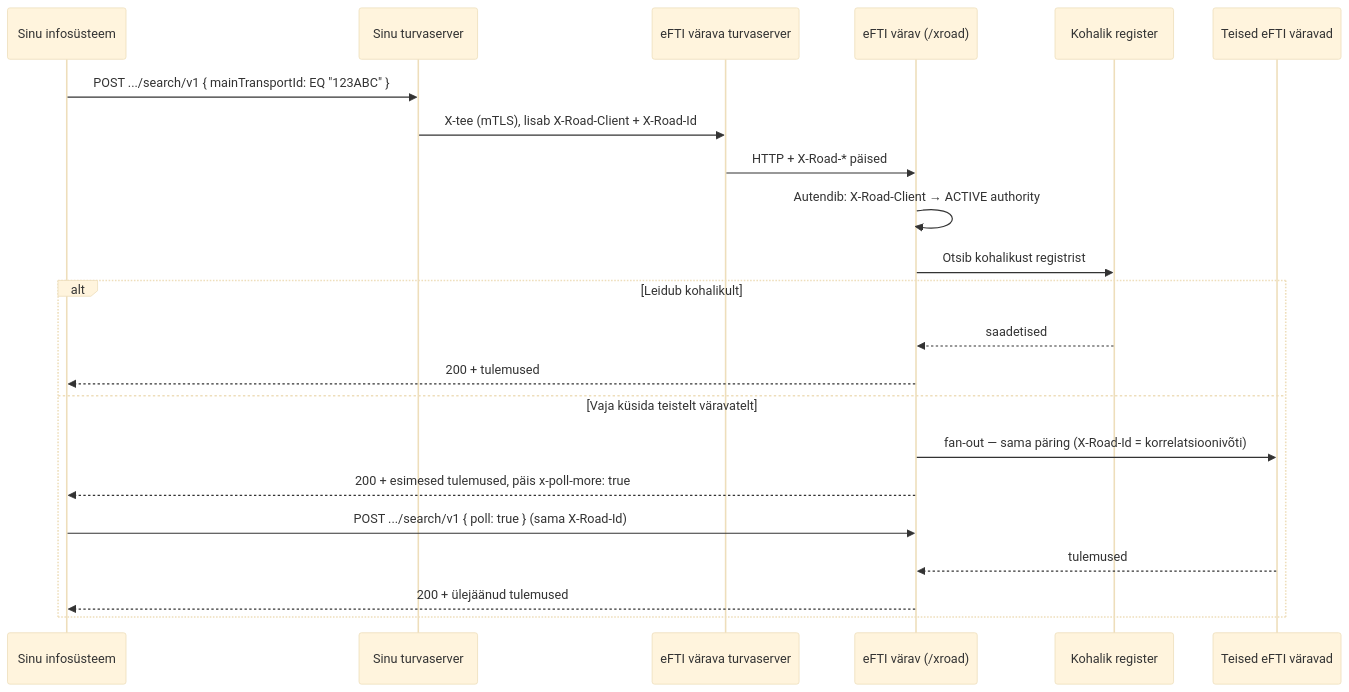
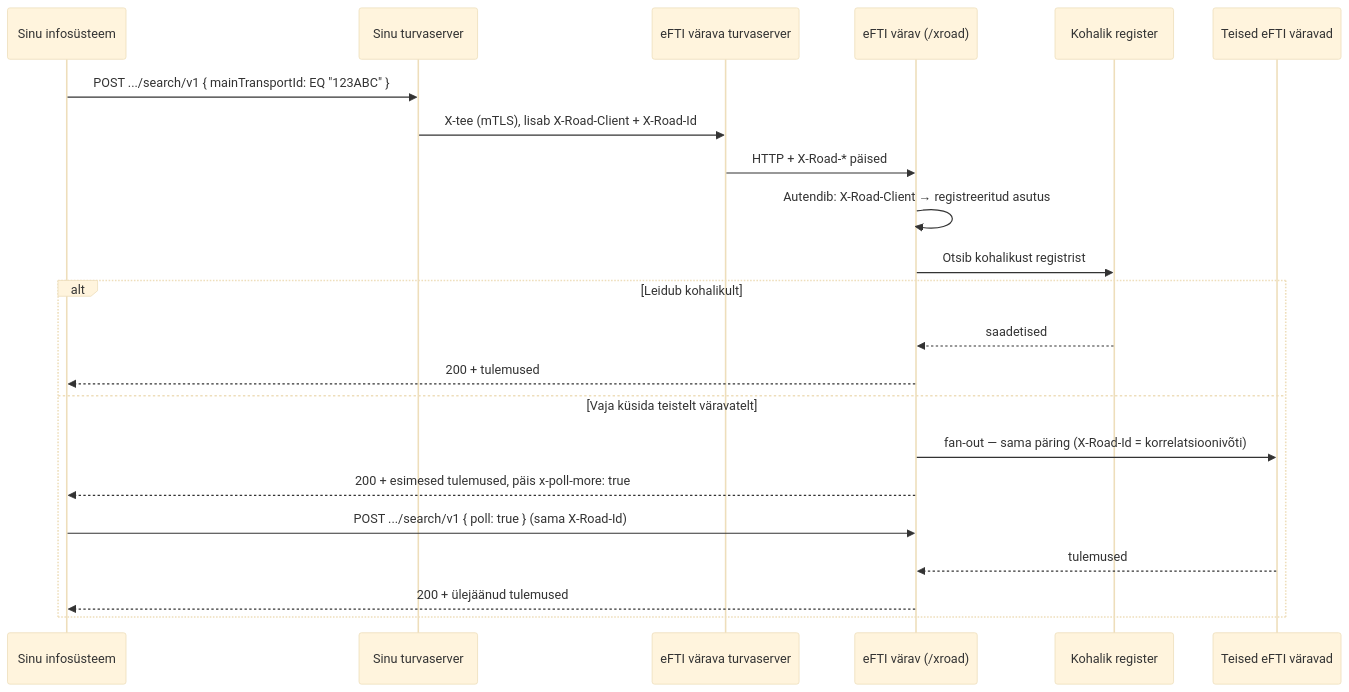
The second of 2 diagrams in docs/developer/x_road_authority_integration_guide.md (kemit-ee/efti-gate-ee), drawn with Mermaid (base theme) before and after one commit. The commit also changed other lines of this file and 40 other files, not shown here.

````diff
--- a/docs/developer/x_road_authority_integration_guide.md
+++ b/docs/developer/x_road_authority_integration_guide.md
@@ -29,26 +29,26 @@
 ```mermaid
 sequenceDiagram
   participant IS as Sinu infosüsteem
   participant SS1 as Sinu turvaserver
   participant SS2 as eFTI värava turvaserver
   participant GW as eFTI värav (/xroad)
   participant DB as Kohalik register
   participant PEERS as Teised eFTI väravad
 
   IS->>SS1: POST .../search/v1 { mainTransportId: EQ "123ABC" }
   SS1->>SS2: X-tee (mTLS), lisab X-Road-Client + X-Road-Id
   SS2->>GW: HTTP + X-Road-* päised
-  GW->>GW: Autendib: X-Road-Client → ACTIVE authority
+  GW->>GW: Autendib: X-Road-Client → registreeritud asutus
   GW->>DB: Otsib kohalikust registrist
 
   alt Leidub kohalikult
     DB-->>GW: saadetised
     GW-->>IS: 200 + tulemused
   else Vaja küsida teistelt väravatelt
     GW->>PEERS: fan-out — sama päring (X-Road-Id = korrelatsioonivõti)
     GW-->>IS: 200 + esimesed tulemused, päis x-poll-more: true
     IS->>GW: POST .../search/v1 { poll: true } (sama X-Road-Id)
     PEERS-->>GW: tulemused
     GW-->>IS: 200 + ülejäänud tulemused
   end
 ```
````
